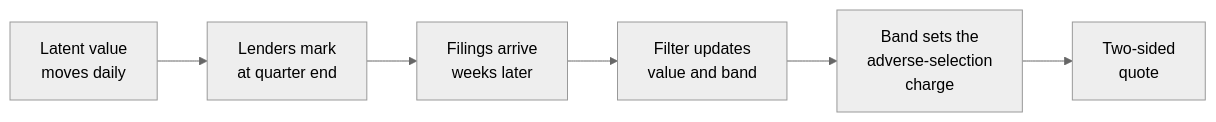
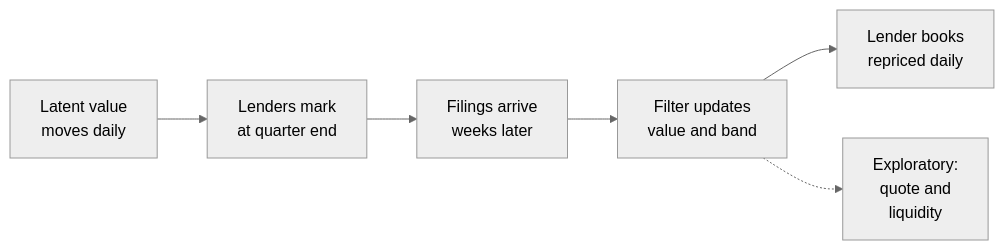
Before and after one commit to Rishi0507/Syndicate-Intra-quarter-Level-3-marks: the first of 2 diagrams in docs/methodology.md, drawn with Mermaid (neutral theme). The commit also changed other lines of this file, not shown here.

Commit message:
Document lender books and label the quote and liquidity sections exploratory

````diff
--- a/docs/methodology.md
+++ b/docs/methodology.md
@@ -27,8 +28,8 @@
 ```mermaid
 flowchart LR
     V["Latent value<br/>moves daily"] --> M["Lenders mark<br/>at quarter end"]
     M --> F["Filings arrive<br/>weeks later"]
     F --> K["Filter updates<br/>value and band"]
-    K --> Q["Band sets the<br/>adverse-selection<br/>charge"]
-    Q --> T["Two-sided<br/>quote"]
+    K --> B["Lender books<br/>repriced daily"]
+    K -.-> Q["Exploratory:<br/>quote and<br/>liquidity"]
 ```
````
